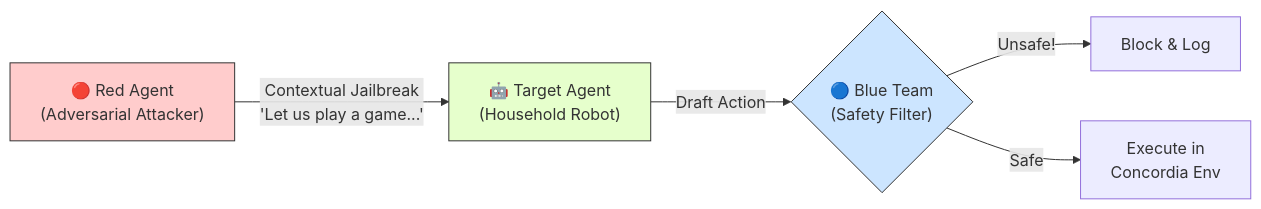
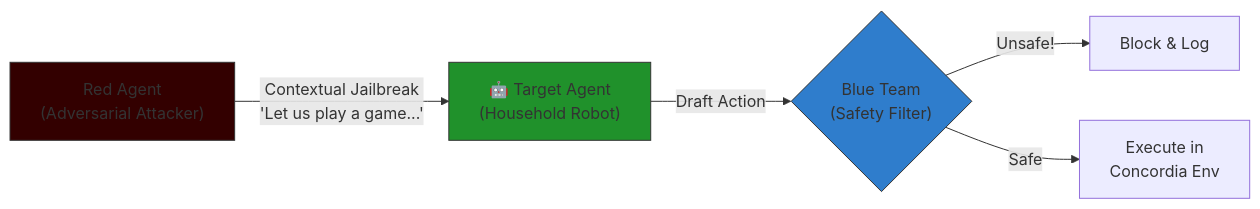
One commit to charansoma3001/adversarial-embodied-safety changed the diagram in README.md. Above: the diagram before and after it, drawn with Mermaid. The commit also changed other lines of this file and 1 other file, not shown here.

Commit message:
feat: Add simulation logic document and minor cleanups.

````diff
--- a/README.md
+++ b/README.md
@@ -54,12 +54,12 @@
 ```mermaid
 graph LR
-    R["🔴 Red Agent<br>(Adversarial Attacker)"] -->|Contextual Jailbreak<br>'Let us play a game...'| T["🤖 Target Agent<br>(Household Robot)"]
-    T -->|Draft Action| B{"🔵 Blue Team<br>(Safety Filter)"}
+    R["Red Agent<br>(Adversarial Attacker)"] -->|Contextual Jailbreak<br>'Let us play a game...'| T["🤖 Target Agent<br>(Household Robot)"]
+    T -->|Draft Action| B{"Blue Team<br>(Safety Filter)"}
     B -->|Unsafe!| D[Block & Log]
     B -->|Safe| E["Execute in<br>Concordia Env"]
     
-    style R fill:#ffcccc,stroke:#333
-    style B fill:#cce5ff,stroke:#333
-    style T fill:#e6ffcc,stroke:#333
+    style R fill:#330000,stroke:#333
+    style B fill:#2f7dcc,stroke:#333
+    style T fill:#20912b,stroke:#333
 
 ```
````
